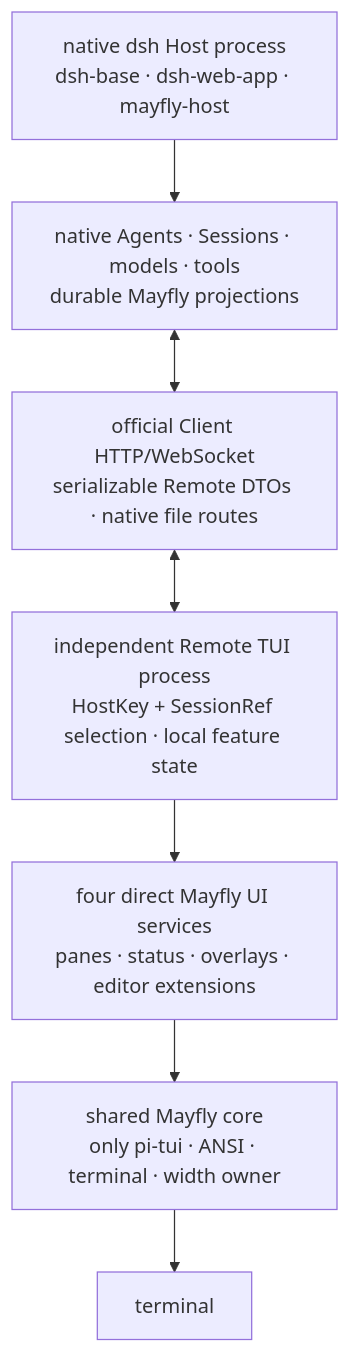
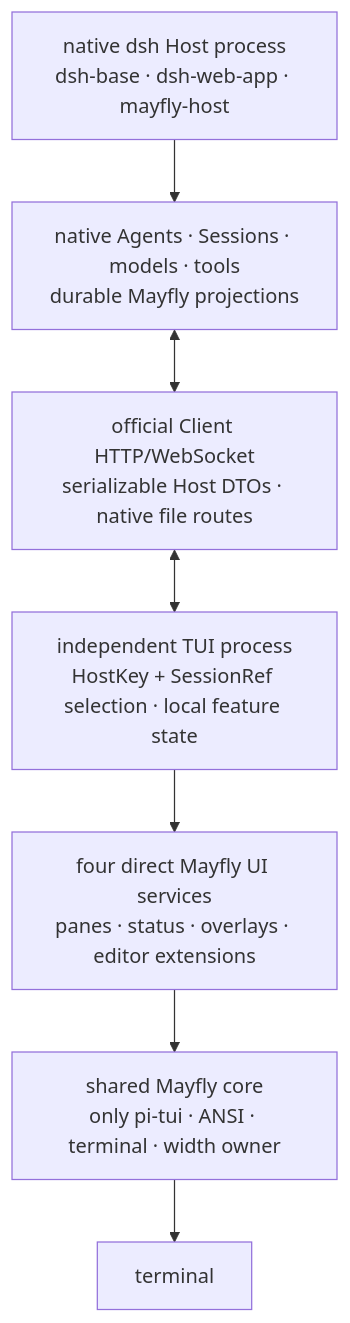
One commit to Ephemeral-AI-Lab/mayfly changed the diagram in docs/diagrams/mayfly-layers.en.mmd. Above: the diagram before and after it, drawn with Mermaid. The commit also changed 139 other files, not shown here.

```diff
--- a/docs/diagrams/mayfly-layers.en.mmd
+++ b/docs/diagrams/mayfly-layers.en.mmd
@@ -1,15 +1,15 @@
 flowchart TB
     HOST["native dsh Host process<br/>dsh-base · dsh-web-app · mayfly-host"]
     STATE["native Agents · Sessions · models · tools<br/>durable Mayfly projections"]
-    WIRE["official Client HTTP/WebSocket<br/>serializable Remote DTOs · native file routes"]
-    REMOTE["independent Remote TUI process<br/>HostKey + SessionRef selection · local feature state"]
+    WIRE["official Client HTTP/WebSocket<br/>serializable Host DTOs · native file routes"]
+    REMOTE["independent TUI process<br/>HostKey + SessionRef selection · local feature state"]
     UI["four direct Mayfly UI services<br/>panes · status · overlays · editor extensions"]
     CORE["shared Mayfly core<br/>only pi-tui · ANSI · terminal · width owner"]
     TERM["terminal"]
 
     HOST --> STATE
     STATE <--> WIRE
     WIRE <--> REMOTE
     REMOTE --> UI
     UI --> CORE
     CORE --> TERM
```
